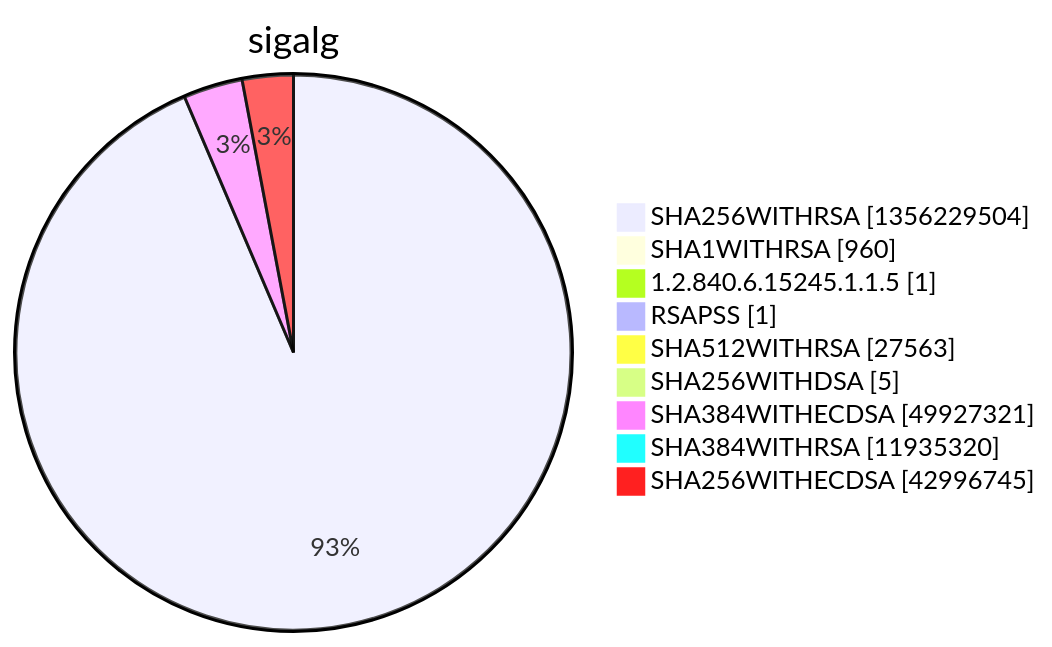
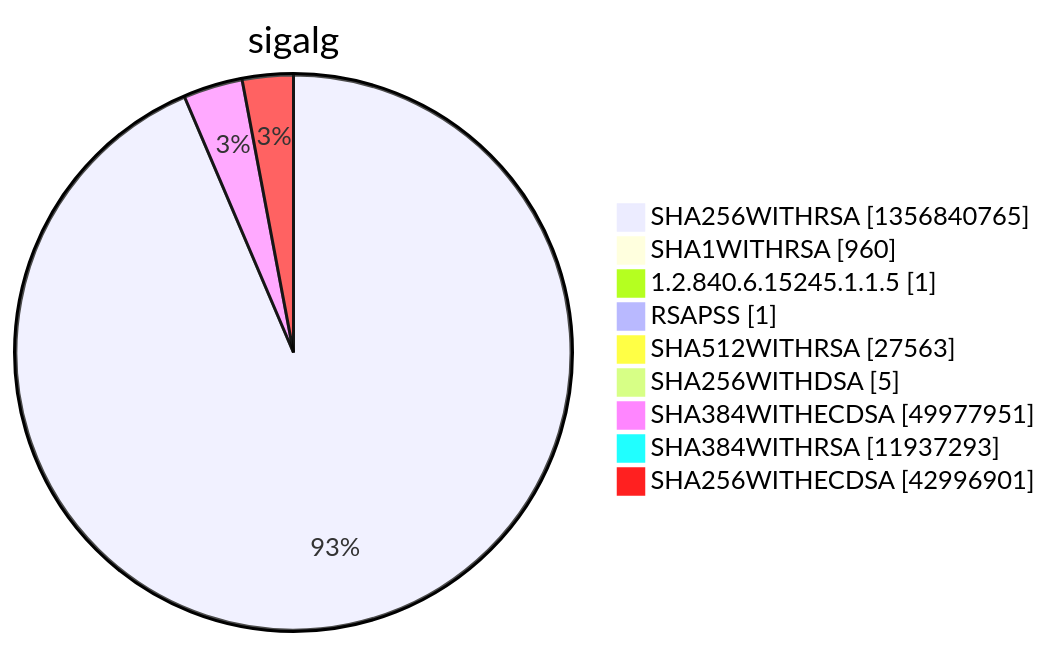
Before and after one commit to christiankrug/ctmonitor_visualization: diagram 15 of 15 in argon2022/README.md, drawn with Mermaid. The commit also changed other lines of this file, not shown here.

````diff
--- a/argon2022/README.md
+++ b/argon2022/README.md
@@ -5524,13 +5524,13 @@
 ```mermaid
 pie showData
 title sigalg
-"SHA256WITHRSA" :1356229504
+"SHA256WITHRSA" :1356840765
 "SHA1WITHRSA" :960
 "1.2.840.6.15245.1.1.5" :1
 "RSAPSS" :1
 "SHA512WITHRSA" :27563
 "SHA256WITHDSA" :5
-"SHA384WITHECDSA" :49927321
-"SHA384WITHRSA" :11935320
-"SHA256WITHECDSA" :42996745
+"SHA384WITHECDSA" :49977951
+"SHA384WITHRSA" :11937293
+"SHA256WITHECDSA" :42996901
 ```
````
